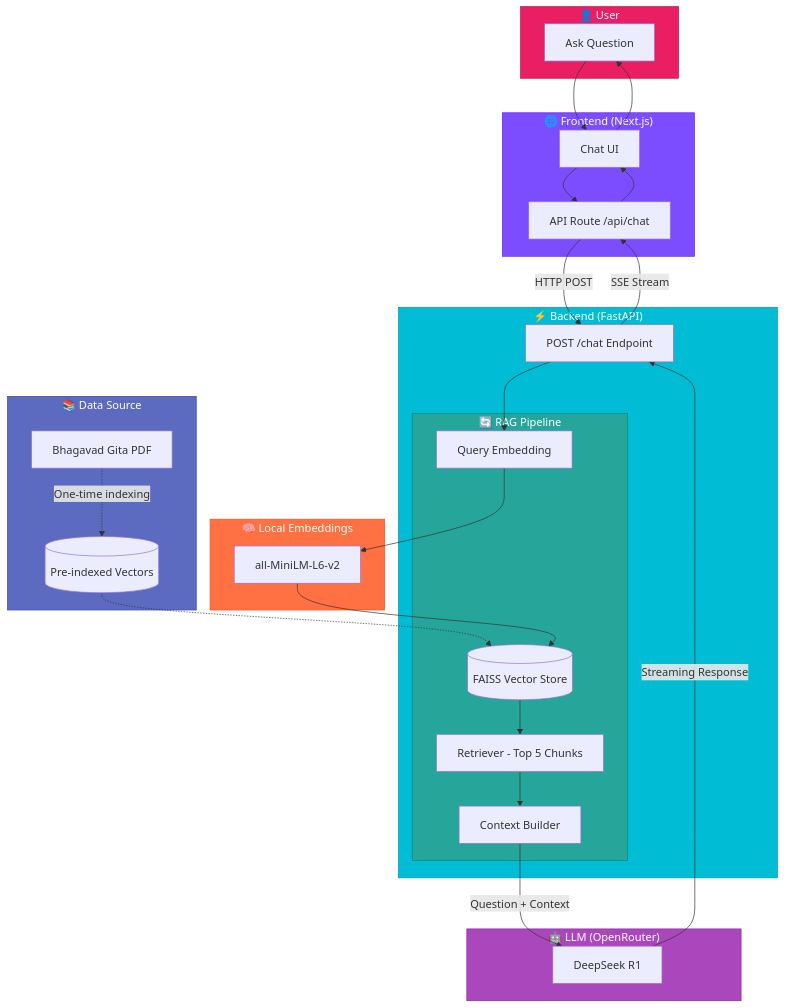
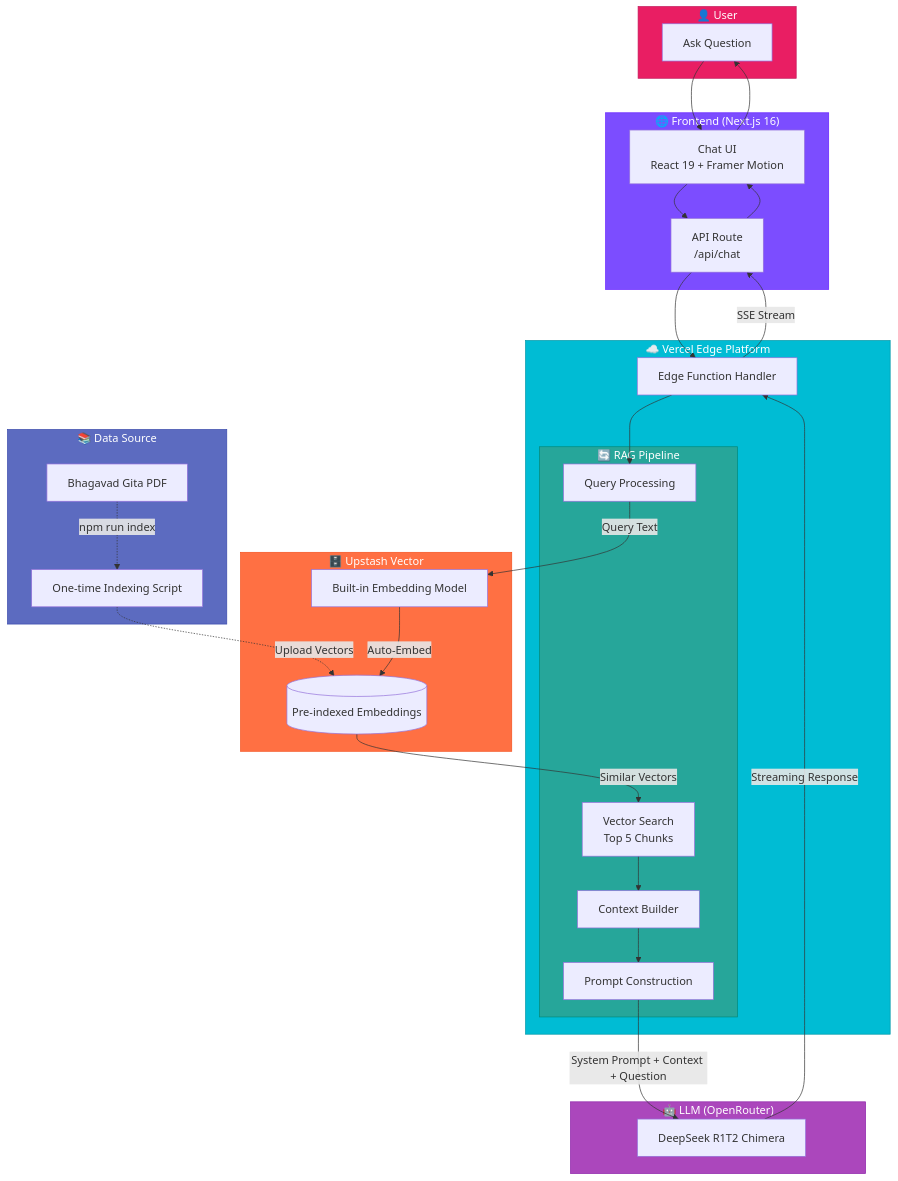
The diagram in README.md (ravisharma46/GeetaGPT), drawn with Mermaid before and after one commit. The commit also changed other lines of this file, not shown here.

First line of the commit message:
docs: update README with current serverless architecture and HLD diagram

````diff
--- a/README.md
+++ b/README.md
@@ -25,58 +25,60 @@
 ```mermaid
 flowchart TB
     subgraph User["👤 User"]
         A[Ask Question]
     end
     
-    subgraph Frontend["🌐 Frontend (Next.js)"]
-        B[Chat UI]
-        C[API Route /api/chat]
+    subgraph Frontend["🌐 Frontend (Next.js 16)"]
+        B[Chat UI<br/>React 19 + Framer Motion]
+        C[API Route<br/>/api/chat]
     end
     
-    subgraph Backend["⚡ Backend (FastAPI)"]
-        D[POST /chat Endpoint]
+    subgraph Vercel["☁️ Vercel Edge Platform"]
+        D[Edge Function Handler]
         subgraph RAG["🔄 RAG Pipeline"]
-            E[Query Embedding]
-            F[(FAISS Vector Store)]
-            G[Retriever - Top 5 Chunks]
-            H[Context Builder]
+            E[Query Processing]
+            F[Vector Search<br/>Top 5 Chunks]
+            G[Context Builder]
+            H[Prompt Construction]
         end
     end
     
-    subgraph Embeddings["🧠 Local Embeddings"]
-        I[all-MiniLM-L6-v2]
+    subgraph VectorDB["🗄️ Upstash Vector"]
+        I[(Pre-indexed Embeddings)]
+        J[Built-in Embedding Model]
     end
     
     subgraph LLM["🤖 LLM (OpenRouter)"]
-        J[DeepSeek R1]
+        K[DeepSeek R1T2 Chimera]
     end
     
     subgraph Data["📚 Data Source"]
-        K[Bhagavad Gita PDF]
-        L[(Pre-indexed Vectors)]
+        L[Bhagavad Gita PDF]
+        M[One-time Indexing Script]
     end
 
     A --> B
     B --> C
-    C -->|HTTP POST| D
+    C --> D
     D --> E
-    E --> I
-    I --> F
+    E -->|Query Text| J
+    J -->|Auto-Embed| I
+    I -->|Similar Vectors| F
     F --> G
     G --> H
-    K -.->|One-time indexing| L
-    L -.-> F
-    H -->|Question + Context| J
-    J -->|Streaming Response| D
+    L -.->|npm run index| M
+    M -.->|Upload Vectors| I
+    H -->|System Prompt + Context + Question| K
+    K -->|Streaming Response| D
     D -->|SSE Stream| C
     C --> B
     B --> A
 
     style User fill:#e91e63,stroke:#c2185b,color:#fff
     style Frontend fill:#7c4dff,stroke:#651fff,color:#fff
-    style Backend fill:#00bcd4,stroke:#0097a7,color:#fff
+    style Vercel fill:#00bcd4,stroke:#0097a7,color:#fff
     style RAG fill:#26a69a,stroke:#00897b,color:#fff
-    style Embeddings fill:#ff7043,stroke:#f4511e,color:#fff
+    style VectorDB fill:#ff7043,stroke:#f4511e,color:#fff
     style LLM fill:#ab47bc,stroke:#8e24aa,color:#fff
     style Data fill:#5c6bc0,stroke:#3949ab,color:#fff
 ```
````
